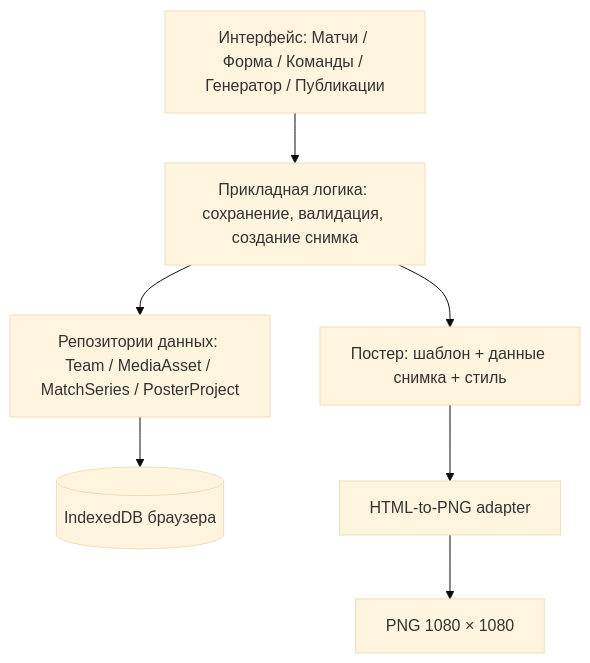
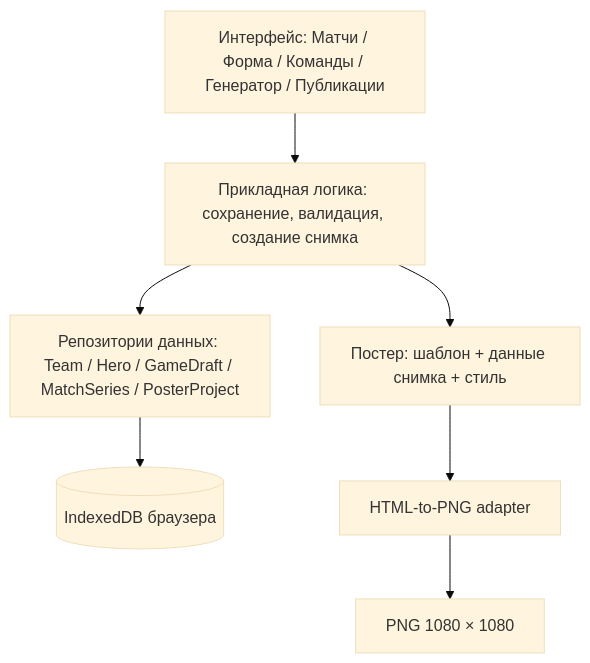
The diagram in docs/architecture/system-overview.md (qroka/DotaFrame), drawn with Mermaid (base theme) before and after one commit. The commit also changed other lines of this file and 11 other files, not shown here.

````diff
--- a/docs/architecture/system-overview.md
+++ b/docs/architecture/system-overview.md
@@ -22,16 +22,16 @@
 ```mermaid
 flowchart TD
     UI["Интерфейс: Матчи / Форма / Команды / Генератор / Публикации"]
     USE["Прикладная логика: сохранение, валидация, создание снимка"]
-    STORE["Репозитории данных: Team / MediaAsset / MatchSeries / PosterProject"]
+    STORE["Репозитории данных: Team / Hero / GameDraft / MatchSeries / PosterProject"]
     DB[("IndexedDB браузера")]
     RENDER["Постер: шаблон + данные снимка + стиль"]
     EXPORT["HTML-to-PNG adapter"]
     FILE["PNG 1080 × 1080"]
     UI --> USE
     USE --> STORE
     STORE --> DB
     USE --> RENDER
     RENDER --> EXPORT
     EXPORT --> FILE
 ```
````
